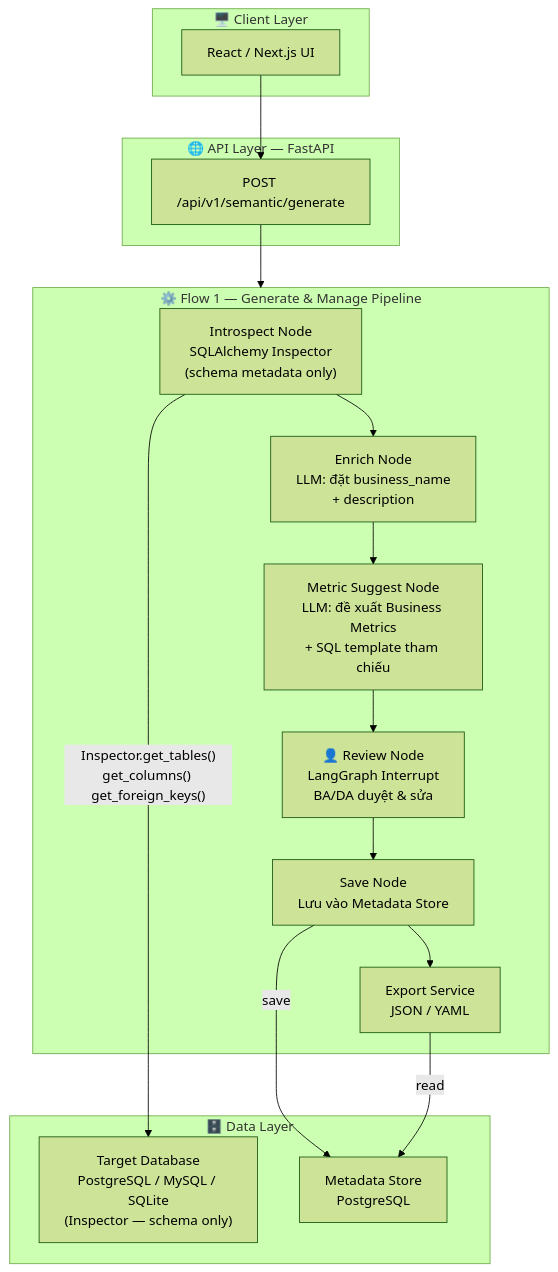
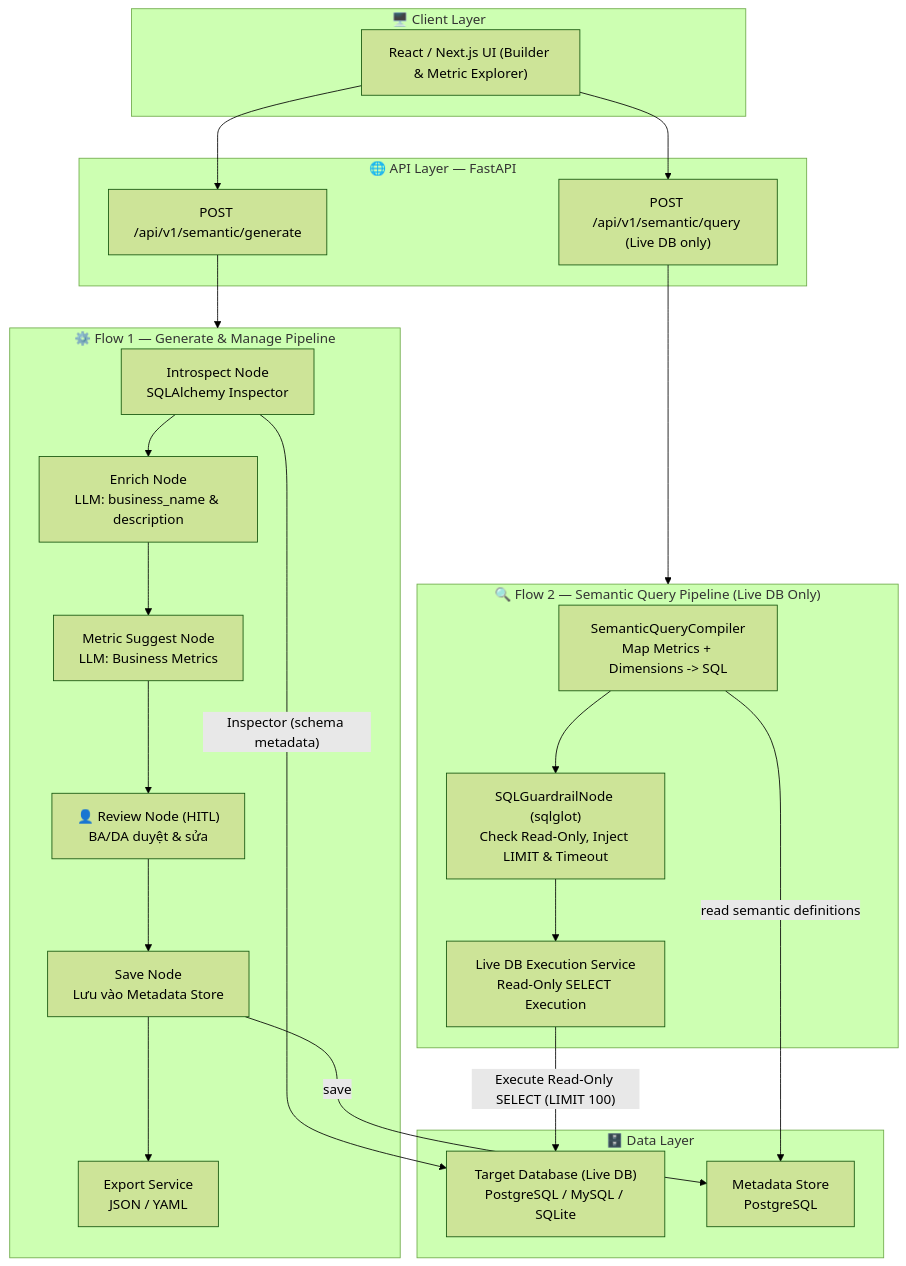
Before and after one commit to QuanAnh280605/P-069: the first of 3 diagrams in ARCHITECTURE.md, drawn with Mermaid (forest theme). The commit also changed other lines of this file and 9 other files, not shown here.

Commit message:
feat: implement semantic query engine and add architectural documentation for dual-pipeline flow

````diff
--- a/ARCHITECTURE.md
+++ b/ARCHITECTURE.md
@@ -15,32 +14,41 @@
 ```mermaid
 graph TB
     subgraph Client["🖥️ Client Layer"]
-        UI["React / Next.js UI"]
+        UI["React / Next.js UI (Builder & Metric Explorer)"]
     end
 
     subgraph API["🌐 API Layer — FastAPI"]
         SEM_API["POST /api/v1/semantic/generate"]
+        QRY_API["POST /api/v1/semantic/query (Live DB only)"]
     end
 
     subgraph Flow1["⚙️ Flow 1 — Generate & Manage Pipeline"]
-        G1["Introspect Node\nSQLAlchemy Inspector\n(schema metadata only)"]
-        G2["Enrich Node\nLLM: đặt business_name\n+ description"]
-        G3["Metric Suggest Node\nLLM: đề xuất Business Metrics\n+ SQL template tham chiếu"]
-        HITL["👤 Review Node\nLangGraph Interrupt\nBA/DA duyệt & sửa"]
+        G1["Introspect Node\nSQLAlchemy Inspector"]
+        G2["Enrich Node\nLLM: business_name & description"]
+        G3["Metric Suggest Node\nLLM: Business Metrics"]
+        HITL["👤 Review Node (HITL)\nBA/DA duyệt & sửa"]
         G4["Save Node\nLưu vào Metadata Store"]
         G5["Export Service\nJSON / YAML"]
-        G1 --> G2 --> G3 --> HITL --> G4
-        G4 --> G5
+        G1 --> G2 --> G3 --> HITL --> G4 --> G5
+    end
+
+    subgraph Flow2["🔍 Flow 2 — Semantic Query Pipeline (Live DB Only)"]
+        Q1["SemanticQueryCompiler\nMap Metrics + Dimensions -> SQL"]
+        Q2["SQLGuardrailNode (sqlglot)\nCheck Read-Only, Inject LIMIT & Timeout"]
+        Q3["Live DB Execution Service\nRead-Only SELECT Execution"]
+        Q1 --> Q2 --> Q3
     end
 
     subgraph Data["🗄️ Data Layer"]
-        TARGET["Target Database\nPostgreSQL / MySQL / SQLite\n(Inspector — schema only)"]
+        TARGET["Target Database (Live DB)\nPostgreSQL / MySQL / SQLite"]
         METADB["Metadata Store\nPostgreSQL"]
     end
 
     UI --> SEM_API --> Flow1
+    UI --> QRY_API --> Flow2
 
-    G1 -->|"Inspector.get_tables()\nget_columns() get_foreign_keys()"| TARGET
+    G1 -->|"Inspector (schema metadata)"| TARGET
     G4 -->|save| METADB
-    G5 -->|read| METADB
+    Q1 -->|read semantic definitions| METADB
+    Q3 -->|"Execute Read-Only SELECT (LIMIT 100)"| TARGET
 ```
````
